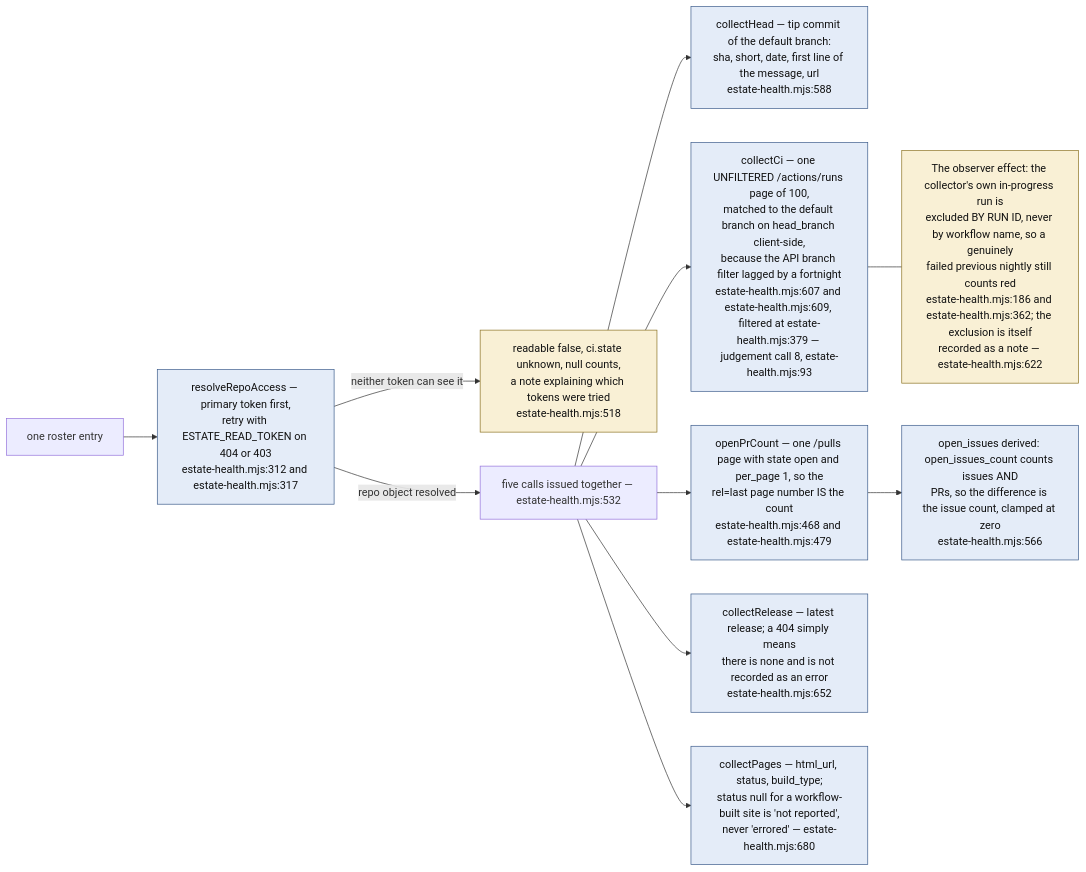
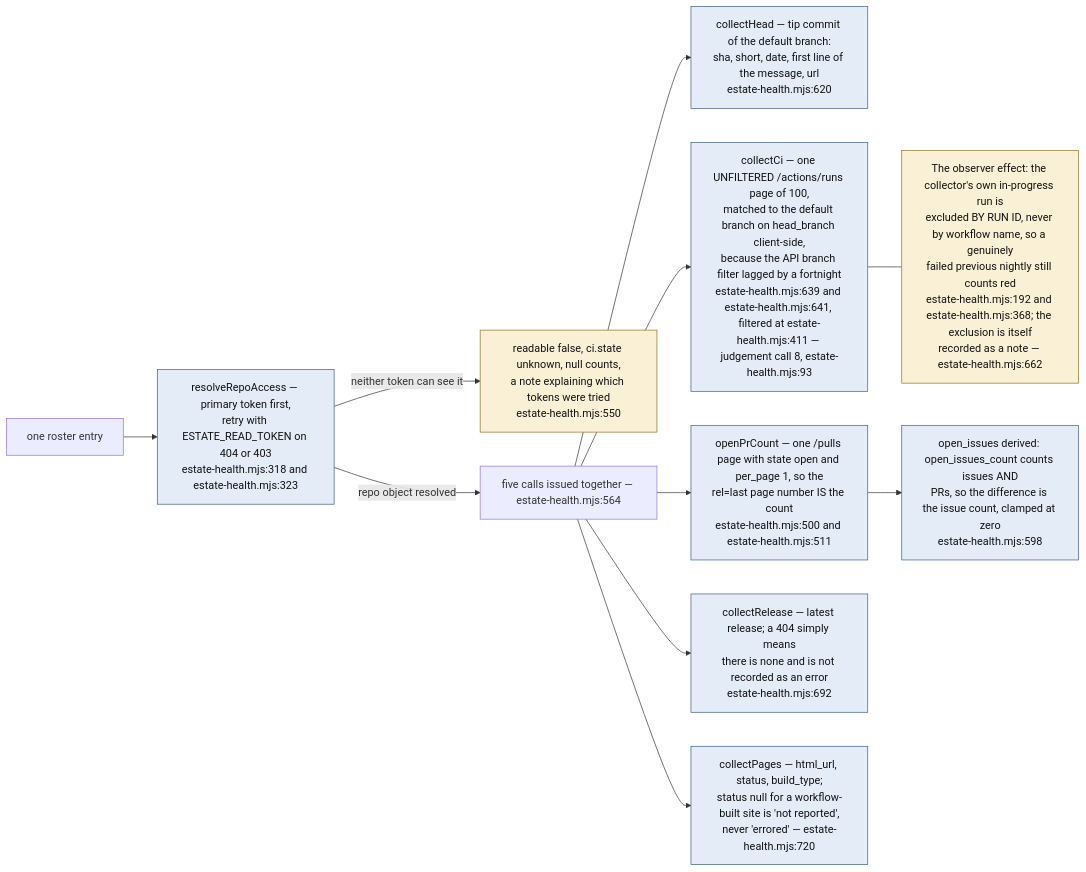
The third of 9 diagrams in docs/diagrams/visionflow/03-estate-health.md (DreamLab-AI/VisionFlow), drawn with Mermaid before and after one commit. The commit also changed other lines of this file and 49 other files, not shown here.

First line of the commit message:
docs(diagrams): re-derive and re-stamp VisionClaw, estate, knowledge-graph, visionGraph, VisionFlow and sidestr topics

````diff
--- a/docs/diagrams/visionflow/03-estate-health.md
+++ b/docs/diagrams/visionflow/03-estate-health.md
@@ -103,20 +106,20 @@
 ```mermaid
 flowchart LR
     classDef apicall fill:#e4ecf8,stroke:#3a5a8a,color:#111
     classDef deg fill:#f9f0d5,stroke:#8a7020,color:#111
 
-    E["one roster entry"] --> ACC["resolveRepoAccess — primary token first,<br/>retry with ESTATE_READ_TOKEN on 404 or 403<br/>estate-health.mjs:312 and estate-health.mjs:317"]:::apicall
-    ACC -->|"neither token can see it"| UNREAD["readable false, ci.state unknown, null counts,<br/>a note explaining which tokens were tried<br/>estate-health.mjs:518"]:::deg
-    ACC -->|"repo object resolved"| PAR["five calls issued together — estate-health.mjs:532"]
+    E["one roster entry"] --> ACC["resolveRepoAccess — primary token first,<br/>retry with ESTATE_READ_TOKEN on 404 or 403<br/>estate-health.mjs:318 and estate-health.mjs:323"]:::apicall
+    ACC -->|"neither token can see it"| UNREAD["readable false, ci.state unknown, null counts,<br/>a note explaining which tokens were tried<br/>estate-health.mjs:550"]:::deg
+    ACC -->|"repo object resolved"| PAR["five calls issued together — estate-health.mjs:564"]
 
-    PAR --> C1["collectHead — tip commit of the default branch:<br/>sha, short, date, first line of the message, url<br/>estate-health.mjs:588"]:::apicall
-    PAR --> C2["collectCi — one UNFILTERED /actions/runs page of 100,<br/>matched to the default branch on head_branch client-side,<br/>because the API branch filter lagged by a fortnight<br/>estate-health.mjs:607 and estate-health.mjs:609, filtered at estate-health.mjs:379 — judgement call 8, estate-health.mjs:93"]:::apicall
-    PAR --> C3["openPrCount — one /pulls page with state open and per_page 1, so the<br/>rel=last page number IS the count<br/>estate-health.mjs:468 and estate-health.mjs:479"]:::apicall
-    PAR --> C4["collectRelease — latest release; a 404 simply means<br/>there is none and is not recorded as an error<br/>estate-health.mjs:652"]:::apicall
-    PAR --> C5["collectPages — html_url, status, build_type;<br/>status null for a workflow-built site is 'not reported',<br/>never 'errored' — estate-health.mjs:680"]:::apicall
+    PAR --> C1["collectHead — tip commit of the default branch:<br/>sha, short, date, first line of the message, url<br/>estate-health.mjs:620"]:::apicall
+    PAR --> C2["collectCi — one UNFILTERED /actions/runs page of 100,<br/>matched to the default branch on head_branch client-side,<br/>because the API branch filter lagged by a fortnight<br/>estate-health.mjs:639 and estate-health.mjs:641, filtered at estate-health.mjs:411 — judgement call 8, estate-health.mjs:93"]:::apicall
+    PAR --> C3["openPrCount — one /pulls page with state open and per_page 1, so the<br/>rel=last page number IS the count<br/>estate-health.mjs:500 and estate-health.mjs:511"]:::apicall
+    PAR --> C4["collectRelease — latest release; a 404 simply means<br/>there is none and is not recorded as an error<br/>estate-health.mjs:692"]:::apicall
+    PAR --> C5["collectPages — html_url, status, build_type;<br/>status null for a workflow-built site is 'not reported',<br/>never 'errored' — estate-health.mjs:720"]:::apicall
 
-    C3 --> ISSUES["open_issues derived: open_issues_count counts issues AND<br/>PRs, so the difference is the issue count, clamped at zero<br/>estate-health.mjs:566"]:::apicall
+    C3 --> ISSUES["open_issues derived: open_issues_count counts issues AND<br/>PRs, so the difference is the issue count, clamped at zero<br/>estate-health.mjs:598"]:::apicall
 
-    SELF["The observer effect: the collector's own in-progress run is<br/>excluded BY RUN ID, never by workflow name, so a genuinely<br/>failed previous nightly still counts red<br/>estate-health.mjs:186 and estate-health.mjs:362; the exclusion is itself<br/>recorded as a note — estate-health.mjs:622"]:::deg
+    SELF["The observer effect: the collector's own in-progress run is<br/>excluded BY RUN ID, never by workflow name, so a genuinely<br/>failed previous nightly still counts red<br/>estate-health.mjs:192 and estate-health.mjs:368; the exclusion is itself<br/>recorded as a note — estate-health.mjs:662"]:::deg
     C2 --- SELF
 ```
````
